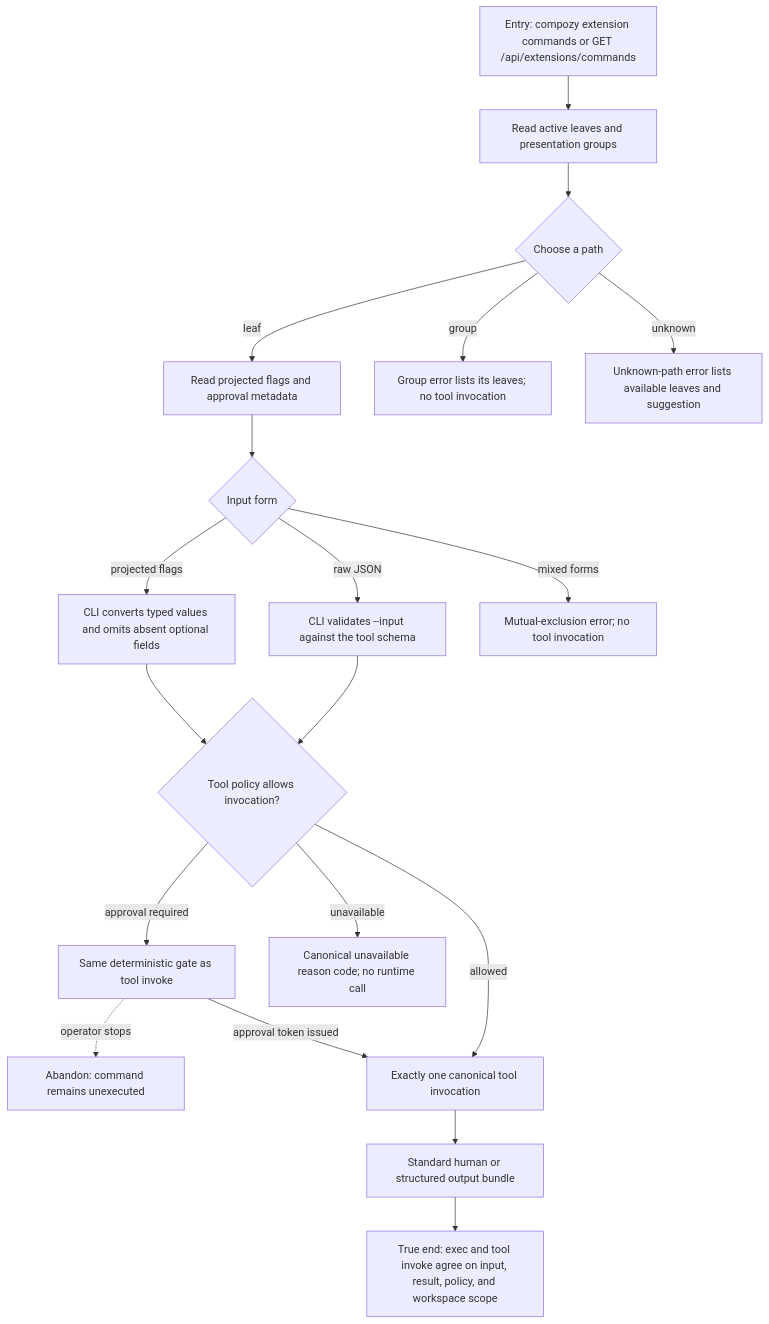
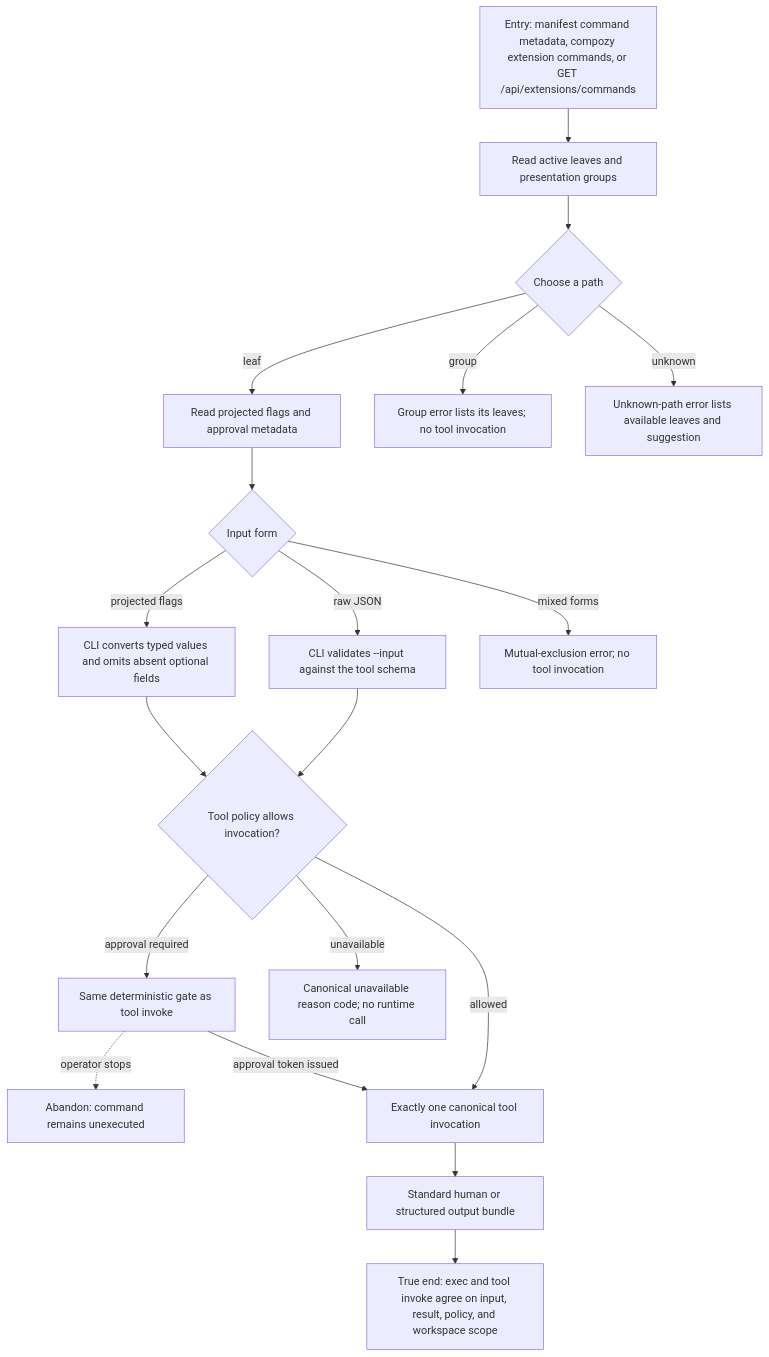
One commit to compozy/compozy changed the diagram in docs/qa/journeys/J-run-extension-commands.md. Above: the diagram before and after it, drawn with Mermaid. The commit also changed other lines of this file and 35 other files, not shown here.

First line of the commit message:
feat: QA Plan and Session Charters #10

````diff
--- a/docs/qa/journeys/J-run-extension-commands.md
+++ b/docs/qa/journeys/J-run-extension-commands.md
@@ -7,21 +7,21 @@
 ```mermaid
 flowchart TD
-    A[Entry: compozy extension commands or GET /api/extensions/commands] --> B[Read active leaves and presentation groups]
+    A[Entry: manifest command metadata, compozy extension commands, or GET /api/extensions/commands] --> B[Read active leaves and presentation groups]
     B --> C{Choose a path}
     C -->|leaf| D[Read projected flags and approval metadata]
     C -->|group| G[Group error lists its leaves; no tool invocation]
     C -->|unknown| U[Unknown-path error lists available leaves and suggestion]
     D --> E{Input form}
     E -->|projected flags| F[CLI converts typed values and omits absent optional fields]
     E -->|raw JSON| R[CLI validates --input against the tool schema]
     E -->|mixed forms| M[Mutual-exclusion error; no tool invocation]
     F --> P{Tool policy allows invocation?}
     R --> P
     P -->|approval required| Q[Same deterministic gate as tool invoke]
     Q -.->|operator stops| X[Abandon: command remains unexecuted]
     Q -->|approval token issued| I[Exactly one canonical tool invocation]
     P -->|allowed| I
     P -->|unavailable| V[Canonical unavailable reason code; no runtime call]
     I --> O[Standard human or structured output bundle]
     O --> Z[True end: exec and tool invoke agree on input, result, policy, and workspace scope]
 ```
````
